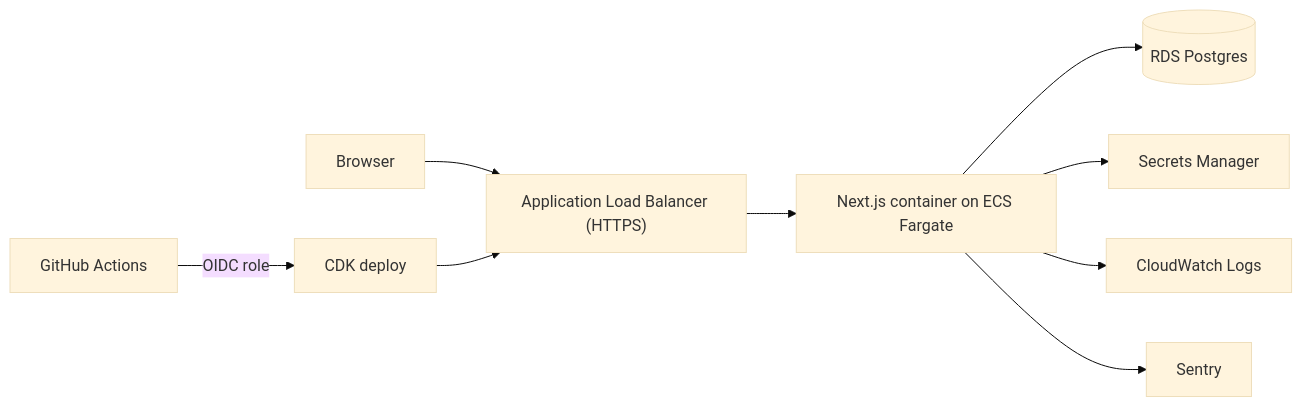
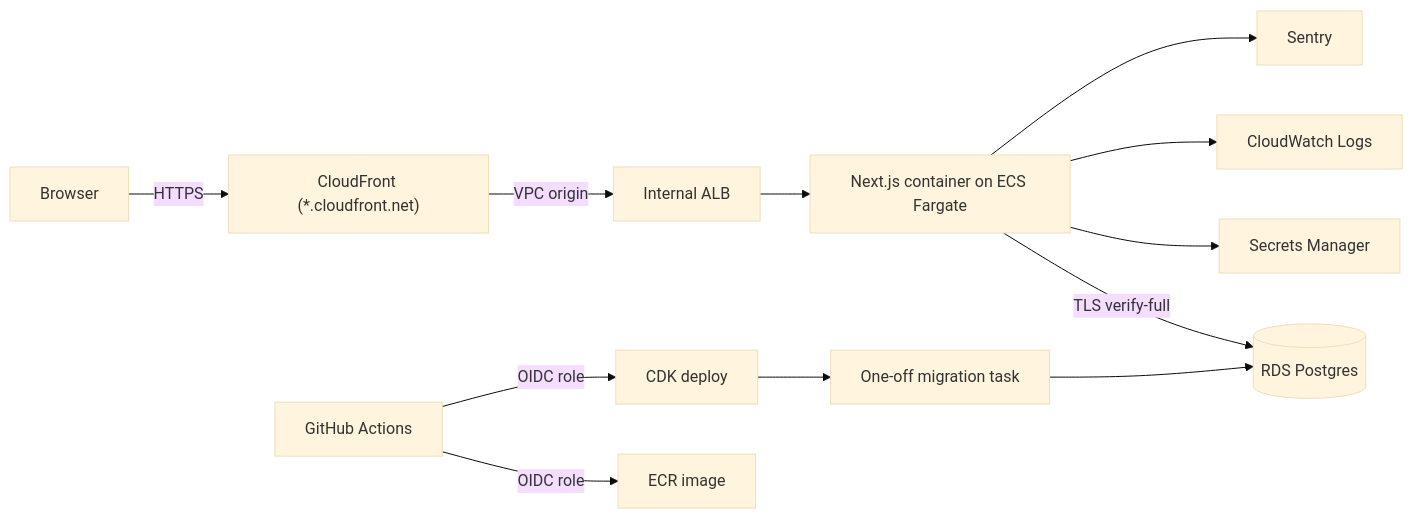
The diagram in docs/architecture.md (Justin-RE/hockey-iq), drawn with Mermaid (base theme) before and after one commit. The commit also changed other lines of this file and 30 other files, not shown here.

First line of the commit message:
Phase 5: AWS CDK infrastructure and OIDC deploy pipeline (#5)

````diff
--- a/docs/architecture.md
+++ b/docs/architecture.md
@@ -5,11 +5,14 @@
 ```mermaid
 flowchart LR
-  Browser --> ALB["Application Load Balancer (HTTPS)"]
+  Browser -->|HTTPS| CF["CloudFront (*.cloudfront.net)"]
+  CF -->|VPC origin| ALB["Internal ALB"]
   ALB --> App["Next.js container on ECS Fargate"]
-  App --> DB[(RDS Postgres)]
+  App -->|TLS verify-full| DB[(RDS Postgres)]
   App --> Secrets[Secrets Manager]
   App --> Logs[CloudWatch Logs]
   App --> Sentry
-  GitHub[GitHub Actions] -->|OIDC role| CDK[CDK deploy]
-  CDK --> ALB
+  GitHub[GitHub Actions] -->|OIDC role| ECR[ECR image]
+  GitHub -->|OIDC role| CDK[CDK deploy]
+  CDK --> Migrate["One-off migration task"]
+  Migrate --> DB
 ```
````
